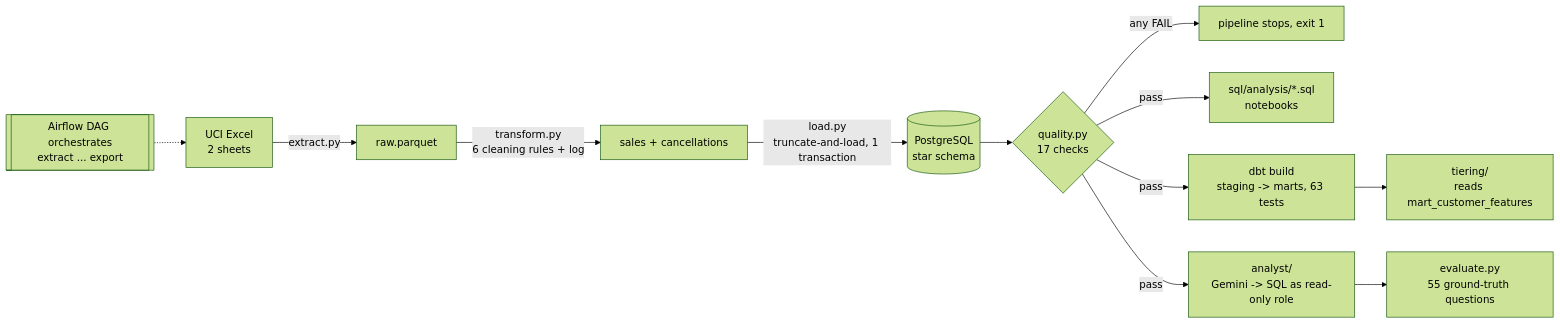
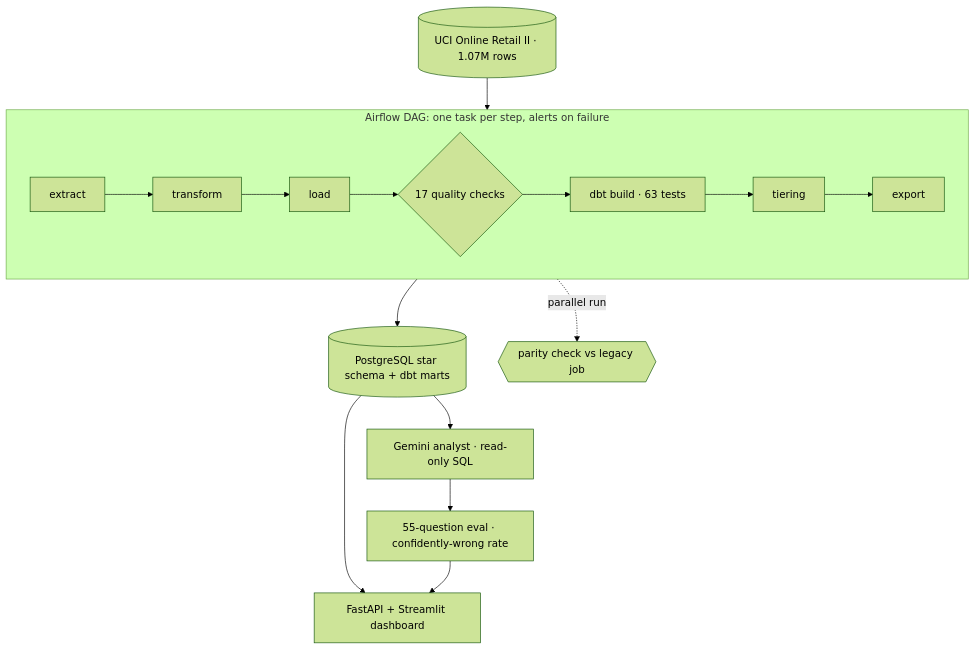
One commit to Raghav-2006/retail-churn-analysis changed the diagram in README.md. Above: the diagram before and after it, drawn with Mermaid (forest theme). The commit also changed other lines of this file and 22 other files, not shown here.

````diff
--- a/README.md
+++ b/README.md
@@ -18,14 +7,13 @@
 ```mermaid
-flowchart LR
-    A[UCI Excel<br/>2 sheets] -->|extract.py| B[raw.parquet]
-    B -->|transform.py<br/>6 cleaning rules + log| C[sales + cancellations]
-    C -->|load.py<br/>truncate-and-load, 1 transaction| D[(PostgreSQL<br/>star schema)]
-    D --> Q{quality.py<br/>17 checks}
-    Q -->|any FAIL| X[pipeline stops, exit 1]
-    Q -->|pass| E[sql/analysis/*.sql<br/>notebooks]
-    Q -->|pass| T[dbt build<br/>staging -> marts, 63 tests]
-    AF[[Airflow DAG orchestrates<br/>extract ... export]] -.-> A
-    T --> F[tiering/<br/>reads mart_customer_features]
-    Q -->|pass| G[analyst/<br/>Gemini -> SQL as read-only role]
-    G --> H[evaluate.py<br/>55 ground-truth questions]
+flowchart TB
+    X[(UCI Online Retail II · 1.07M rows)] --> P
+    subgraph P [Airflow DAG: one task per step, alerts on failure]
+      direction LR
+      E[extract] --> T[transform] --> L[load] --> Q{17 quality checks} --> D[dbt build · 63 tests] --> R[tiering] --> O[export]
+    end
+    P --> W[(PostgreSQL star schema + dbt marts)]
+    P -. parallel run .-> PC{{parity check vs legacy job}}
+    W --> AN[Gemini analyst · read-only SQL] --> EV[55-question eval · confidently-wrong rate]
+    W --> S[FastAPI + Streamlit dashboard]
+    EV --> S
 ```
````
